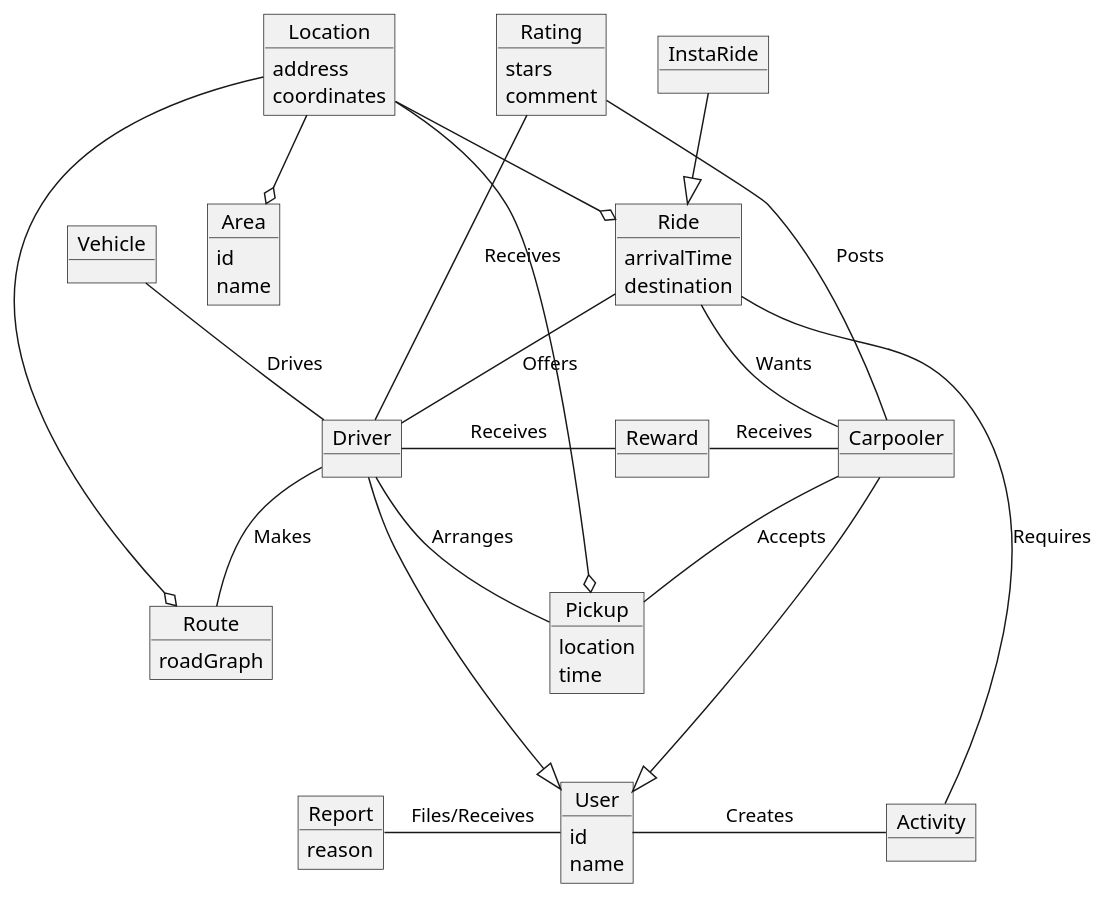
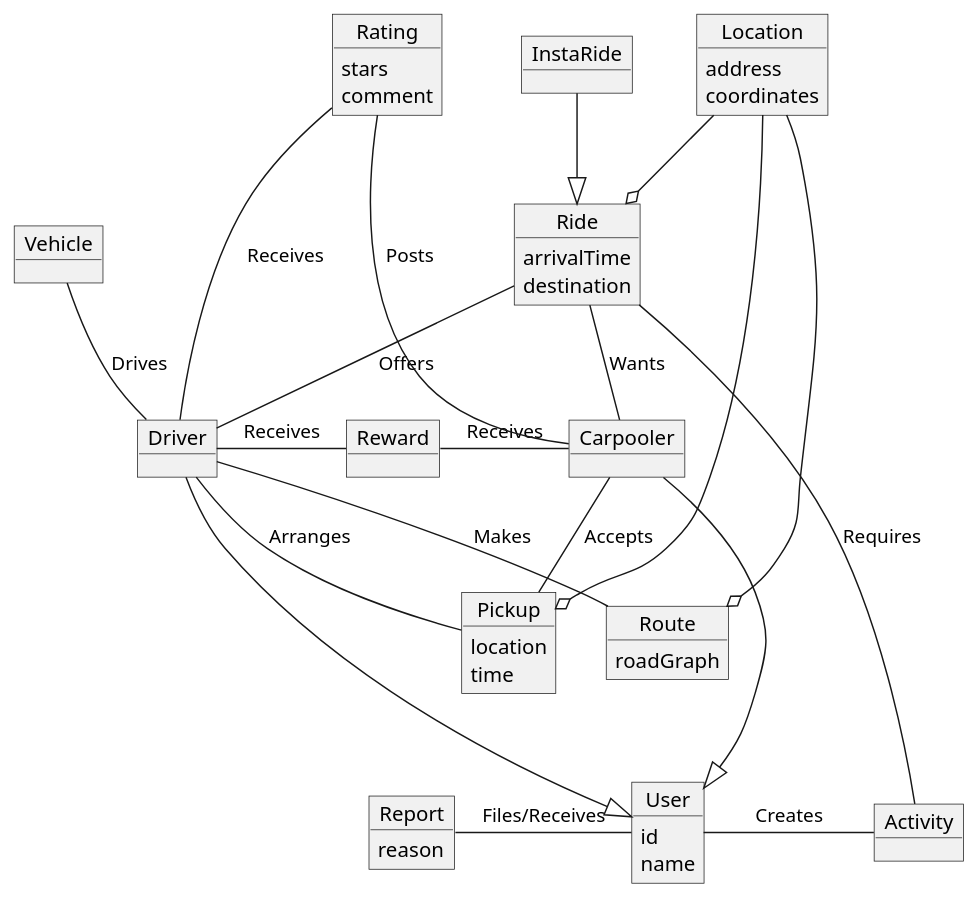
Before and after one commit to YannisRavasopoulos/ProjectSD_S6: the diagram in uml/domain-model.plantuml, drawn with PlantUML. The commit also changed 4 other files, not shown here.

```diff
--- a/uml/domain-model.plantuml
+++ b/uml/domain-model.plantuml
@@ -1,106 +1,99 @@
 @startuml
 object User {
     id
     name
 }
 
 object Driver {
 }
 
 Driver --down|> User
 
 object Vehicle {
 }
 
 Driver --up Vehicle: "Drives"
 
 object Carpooler {
 }
 
 Carpooler --down|> User
 
 object Ride {
     arrivalTime
     destination
 }
 
 Carpooler --up Ride: "Wants"
 
 Driver --up Ride: "Offers"
 
 Driver --right[hidden] Carpooler
 
 object Reward {
 }
 
 Reward --left Driver: "Receives"
 
 Reward --right Carpooler: "Receives"
 
 object Rating {
     stars
     comment
 }
 
 Ride --up[hidden] Rating
 
 Rating -- Driver: "Receives"
 
 Rating -- Carpooler: "Posts"
 
 object Report {
     reason
 }
 
 Report --right User: "Files/Receives"
 
 object Pickup {
     location
     time
 }
 
 Driver -- Pickup: "Arranges"
 Carpooler -- Pickup: "Accepts"
 
 Reward --up[hidden] Ride
 Pickup --up[hidden] Reward
 
 object Route {
     roadGraph
 }
 
 Driver -- Route: "Makes"
 
 User --up[hidden] Pickup
 User --up[hidden] Route
 
 object Location {
     address
     coordinates
 }
 
 Location --o Ride
 Location --o Pickup
 Location --o Route
 
-object Area {
-    id
-    name
-}
-
-Location --o Area
-
 object Activity {
 
 }
 User --right Activity: "Creates"
 
 Activity --up Ride: "Requires"
 
 object InstaRide {
 
 }
 
 InstaRide --|> Ride
 
 @enduml
```
